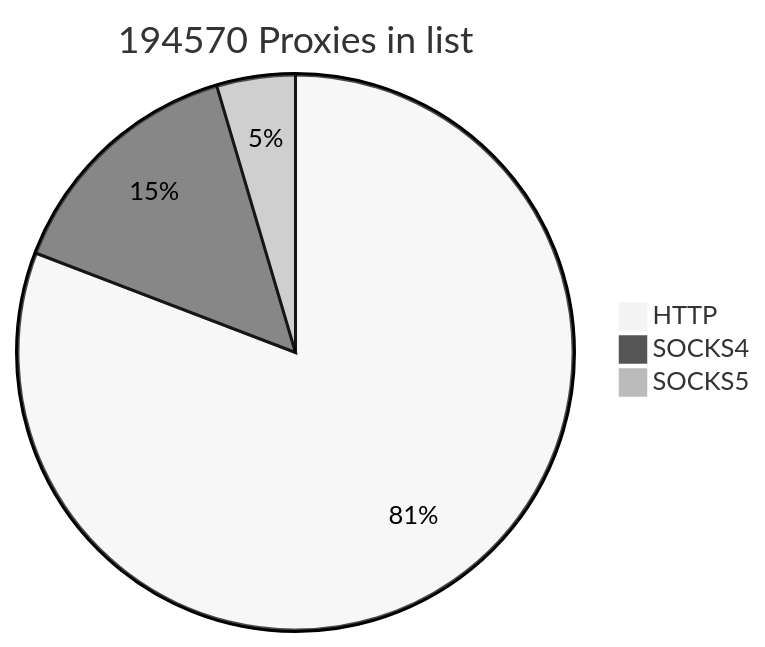
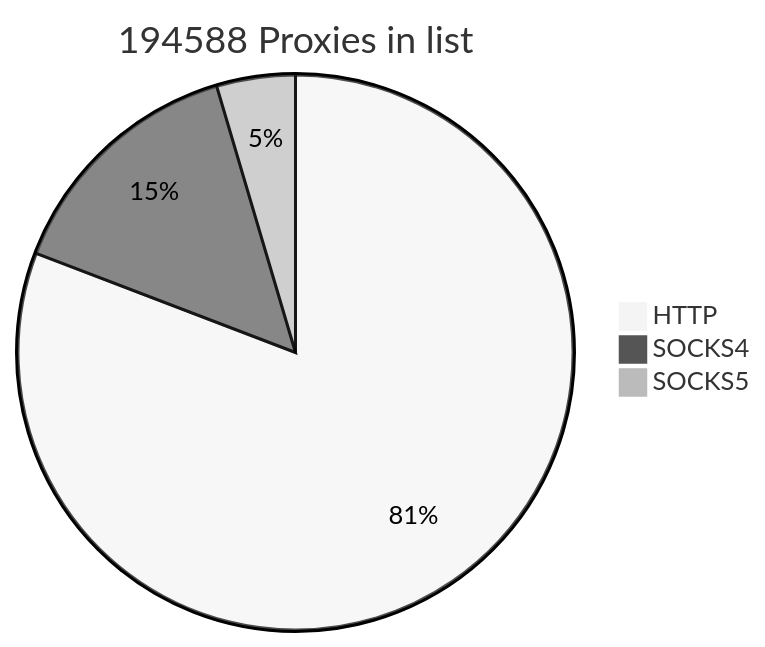
Before and after one commit to cutipu/proxylist: the first of 2 diagrams in README.md, drawn with Mermaid (neutral theme). The commit also changed other lines of this file, not shown here.

````diff
--- a/README.md
+++ b/README.md
@@ -2,7 +2,7 @@
 ```mermaid
-pie title 194570 Proxies in list
+pie title 194588 Proxies in list
     "HTTP" : 157251
-    "SOCKS4" : 28426
-    "SOCKS5" : 8893
+    "SOCKS4" : 28427
+    "SOCKS5" : 8910
             
 ```
````
